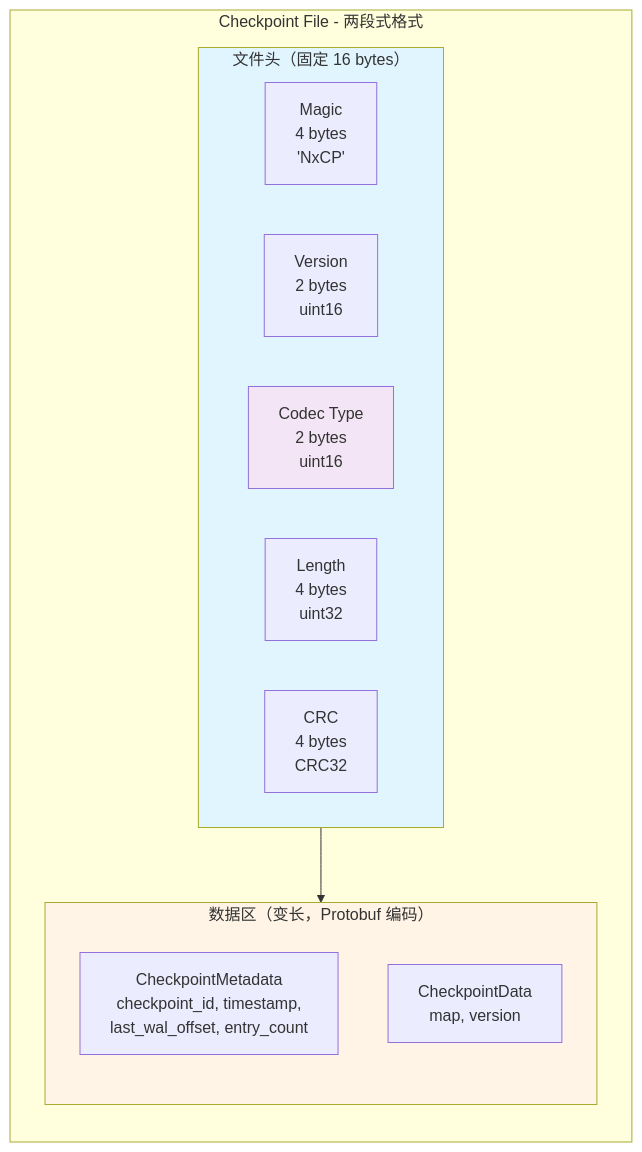
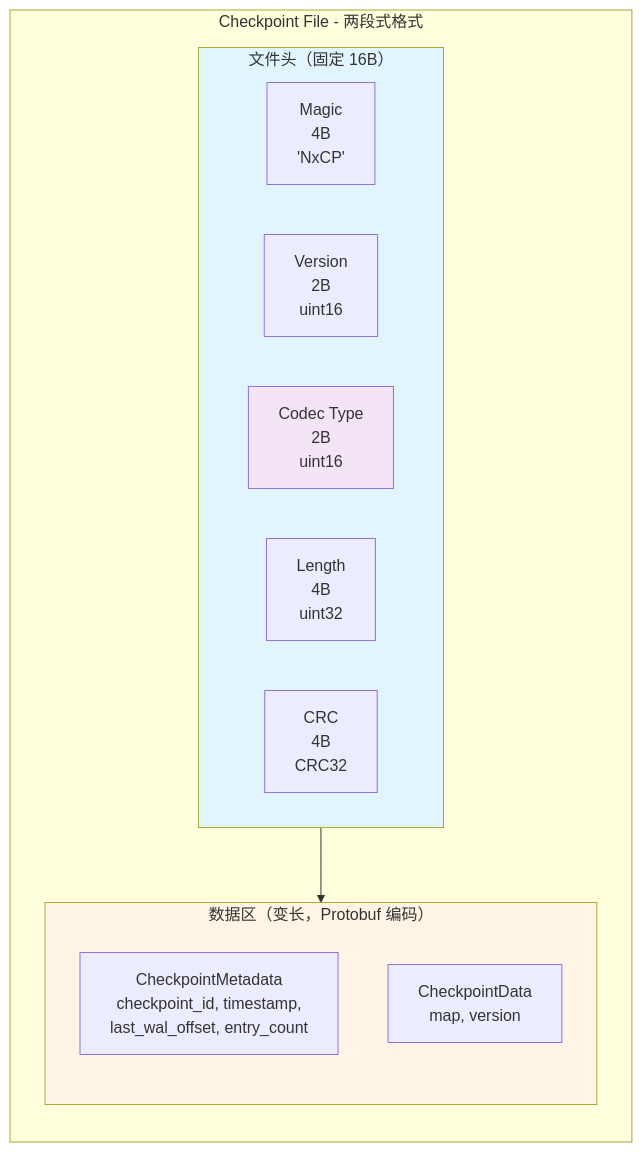
Before and after one commit to jzhang405/NexKV: the second of 8 diagrams in docs/06_project_management/pr_documents/feature/2026-01-19_PR-003_WAL_Checkpoint_机制实现_Pre.md, drawn with Mermaid. The commit also changed other lines of this file, not shown here.

First line of the commit message:
docs(pr-003): 统一图表格式，bytes 改为 B

````diff
--- a/docs/06_project_management/pr_documents/feature/2026-01-19_PR-003_WAL_Checkpoint_机制实现_Pre.md
+++ b/docs/06_project_management/pr_documents/feature/2026-01-19_PR-003_WAL_Checkpoint_机制实现_Pre.md
@@ -190,27 +190,27 @@
 ```mermaid
 flowchart TD
     subgraph CheckpointFile["Checkpoint File - 两段式格式"]
         direction TB
 
-        subgraph Header["文件头（固定 16 bytes）"]
+        subgraph Header["文件头（固定 16B）"]
             direction LR
-            H1["Magic<br/>4 bytes<br/>'NxCP'"]
-            H2["Version<br/>2 bytes<br/>uint16"]
-            H3["Codec Type<br/>2 bytes<br/>uint16"]
-            H4["Length<br/>4 bytes<br/>uint32"]
-            H5["CRC<br/>4 bytes<br/>CRC32"]
+            H1["Magic<br/>4B<br/>'NxCP'"]
+            H2["Version<br/>2B<br/>uint16"]
+            H3["Codec Type<br/>2B<br/>uint16"]
+            H4["Length<br/>4B<br/>uint32"]
+            H5["CRC<br/>4B<br/>CRC32"]
         end
 
         subgraph Data["数据区（变长，Protobuf 编码）"]
             direction TB
             D1["CheckpointMetadata<br/>checkpoint_id, timestamp,<br/>last_wal_offset, entry_count"]
             D2["CheckpointData<br/>map<string, bytes>, version"]
         end
 
         Header --> Data
     end
 
     style Header fill:#e1f5ff
     style Data fill:#fff4e6
     style H3 fill:#f3e5f5
 ```
````
